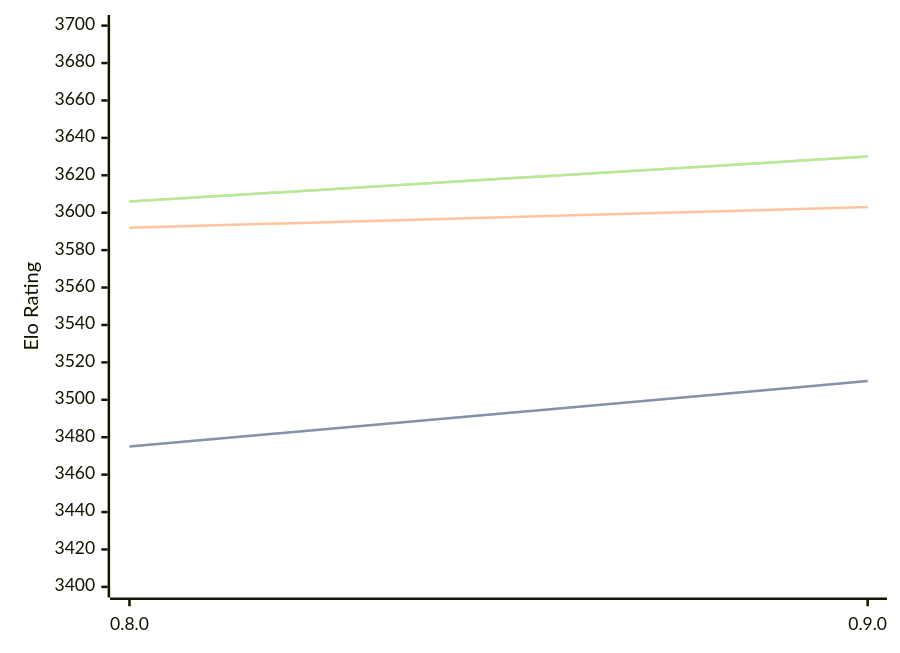
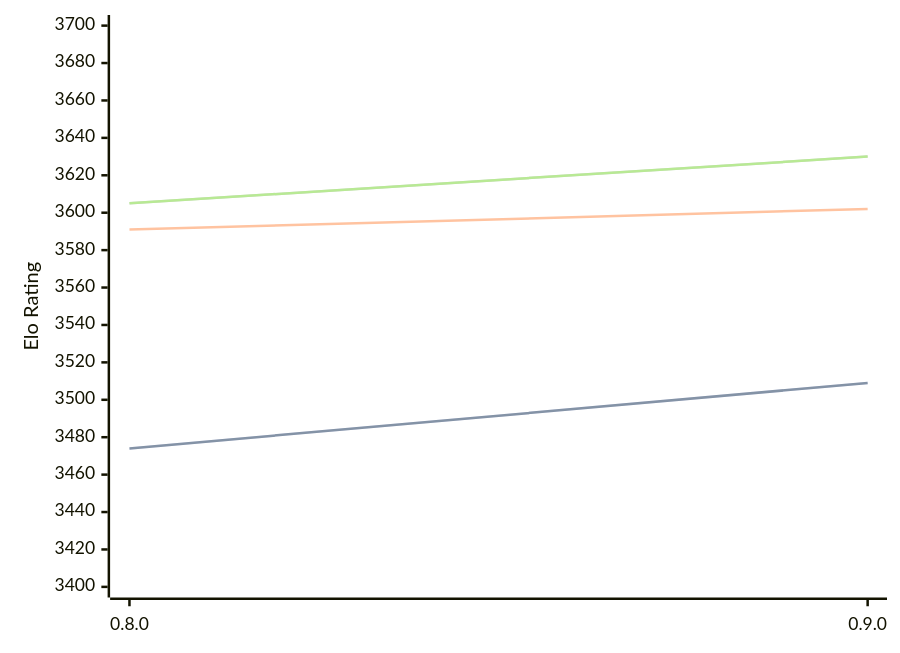
Before and after one commit to computer-chess-index/cci: the diagram in engines/Reckless.md, drawn with Mermaid. The commit also changed other lines of this file, not shown here.

Commit message:
Update CCI Ratings (ELO VLTC) - 2026-04-17

````diff
--- a/engines/Reckless.md
+++ b/engines/Reckless.md
@@ -39,11 +39,11 @@
 ```mermaid
 %%{init: {"theme":"base","themeVariables":{"seriesColors:['#a3a3a3','#222221','#faa371']}}}%%
 xychart-beta
   x-axis ["0.8.0", "0.9.0"]
   y-axis "Elo Rating" 3400 --> 3700
-  line "STC (8.0+0.08s)" [3475, 3510]
-  line "STC (8.0+0.08s)" [3475, 3510]
-  line "LTC (60.0+0.60s)" [3592, 3603]
-  line "VLTC (2m24s+1.12s)" [3606, 3630]
-  line "VLTC (2m24s+1.12s)" [3606, 3630]
+  line "STC (8.0+0.08s)" [3474, 3509]
+  line "STC (8.0+0.08s)" [3474, 3509]
+  line "LTC (60.0+0.60s)" [3591, 3602]
+  line "VLTC (2m24s+1.12s)" [3605, 3630]
+  line "VLTC (2m24s+1.12s)" [3605, 3630]
 ```
````
